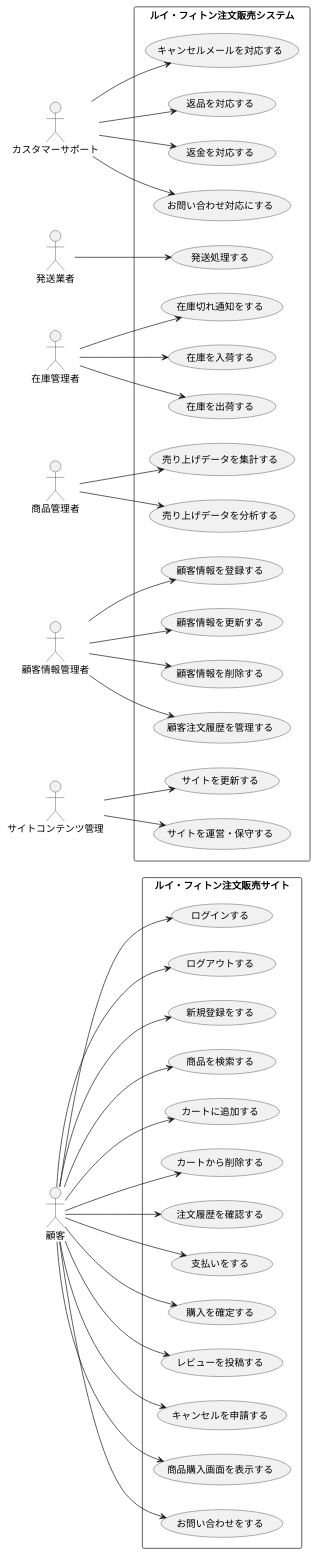
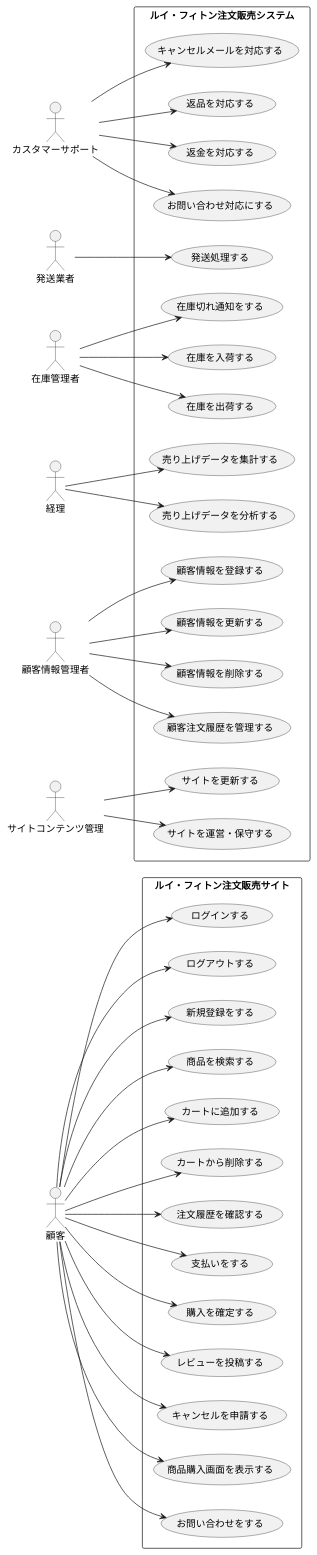
The diagram in ecommerce_usecase.pu (mameiku/group3-4), drawn with PlantUML before and after one commit.

Commit message:
編集

```diff
--- a/ecommerce_usecase.pu
+++ b/ecommerce_usecase.pu
@@ -1,98 +1,98 @@
 @startuml
 left to right direction
 
 actor 顧客
 actor カスタマーサポート
 actor 発送業者
 actor 在庫管理者
-actor 商品管理者
+actor 経理
 actor 顧客情報管理者
 actor サイトコンテンツ管理
 
 rectangle "ルイ・フィトン注文販売システム" {
 
   ' --- 管理者 ---
   (発送処理する)
 
   (キャンセルメールを対応する)
   (返品を対応する)
   (返金を対応する)
   (お問い合わせ対応にする)
 
   (在庫を入荷する)
   (在庫を出荷する)
   (在庫切れ通知をする)
 
   (売り上げデータを集計する)
   (売り上げデータを分析する)
 
   '--- 顧客情報管理者 ---
   (顧客情報を登録する)
   (顧客情報を更新する)
   (顧客情報を削除する)
   (顧客注文履歴を管理する)
 
   (サイトを更新する)
   (サイトを運営・保守する)
 
 }
 
 
 rectangle "ルイ・フィトン注文販売サイト" {
     ' --- 顧客 ---
   (ログインする)
   (ログアウトする)
   (新規登録をする)
   (商品を検索する)
   (カートに追加する)
   (カートから削除する)
   (注文履歴を確認する)
   (支払いをする)
   (購入を確定する)
   (レビューを投稿する)
   (キャンセルを申請する)
   (商品購入画面を表示する)
   (お問い合わせをする)
 }
 
 
 ' 顧客の動き
 顧客 --> (ログインする)
 顧客 --> (ログアウトする)
 顧客 --> (商品を検索する)
 顧客 --> (カートに追加する)
 顧客 --> (カートから削除する)
 顧客 --> (注文履歴を確認する)
 顧客 --> (新規登録をする)
 顧客 --> (支払いをする)
 顧客 --> (購入を確定する)
 顧客 --> (レビューを投稿する)
 顧客 --> (キャンセルを申請する)
 顧客 --> (商品購入画面を表示する)
 顧客 --> (お問い合わせをする)
 
 ' 管理者などの動き
 在庫管理者 --> (在庫を入荷する)
 在庫管理者 --> (在庫を出荷する)
 在庫管理者 --> (在庫切れ通知をする)
 
-商品管理者 --> (売り上げデータを集計する)
-商品管理者 --> (売り上げデータを分析する)
+経理 --> (売り上げデータを集計する)
+経理--> (売り上げデータを分析する)
 
 '発送業者とカスタマーサポートの追加
 発送業者 --> (発送処理する)
 
 カスタマーサポート --> (キャンセルメールを対応する)
 カスタマーサポート --> (返品を対応する)
 カスタマーサポート --> (返金を対応する)
 カスタマーサポート --> (お問い合わせ対応にする)
 
 顧客情報管理者 --> (顧客情報を登録する)
 顧客情報管理者 --> (顧客情報を更新する)
 顧客情報管理者 --> (顧客情報を削除する)
 顧客情報管理者 --> (顧客注文履歴を管理する)
 
 サイトコンテンツ管理 --> (サイトを更新する)
 サイトコンテンツ管理 --> (サイトを運営・保守する)
 
 @enduml
```
